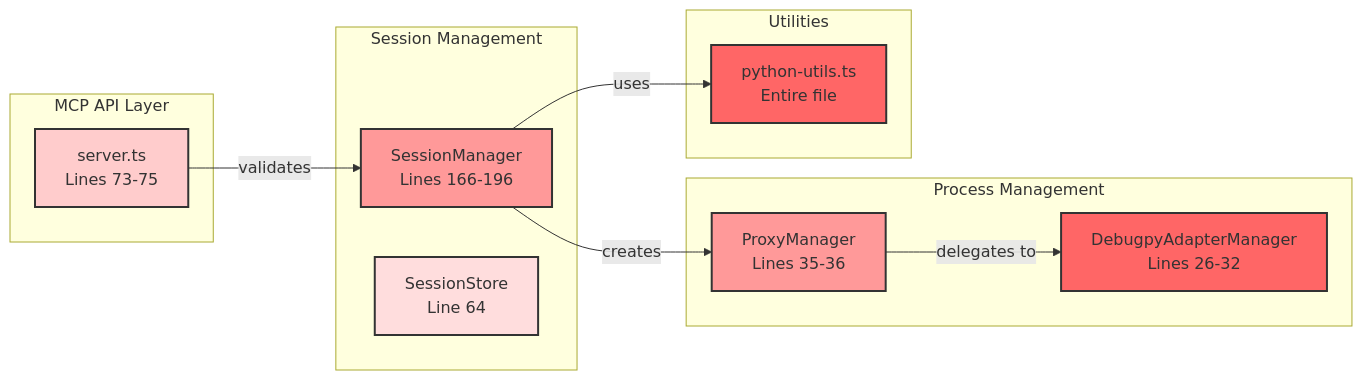
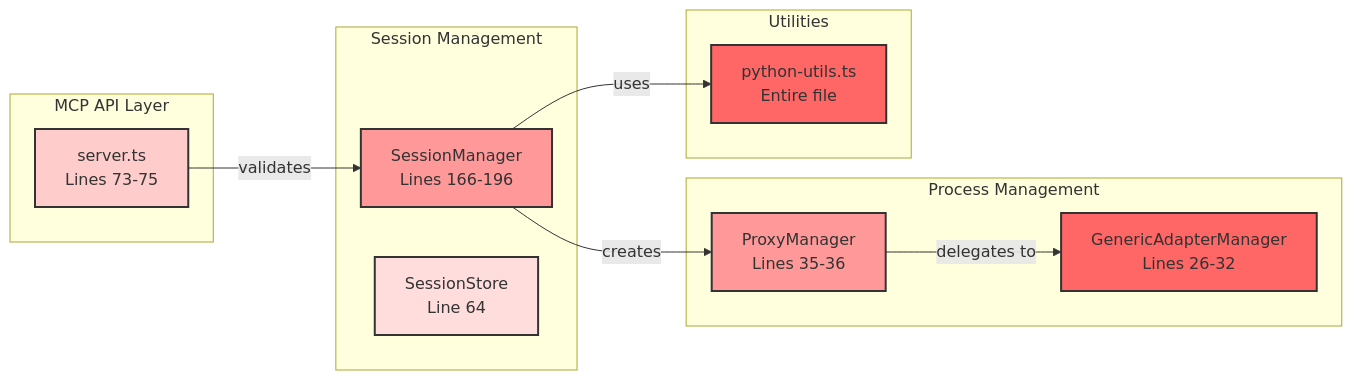
One commit to debugmcp/mcp-debugger changed the fifth of 7 diagrams in docs/architecture/current-component-diagram.md. Above: the diagram before and after it, drawn with Mermaid. The commit also changed other lines of this file and 129 other files, not shown here.

````diff
--- a/docs/architecture/current-component-diagram.md
+++ b/docs/architecture/current-component-diagram.md
@@ -110,32 +122,32 @@
 ```mermaid
 graph LR
     subgraph "MCP API Layer"
         A[server.ts<br/>Lines 73-75]
     end
     
     subgraph "Session Management"
         B[SessionManager<br/>Lines 166-196]
         C[SessionStore<br/>Line 64]
     end
     
     subgraph "Process Management"
         D[ProxyManager<br/>Lines 35-36]
-        E[DebugpyAdapterManager<br/>Lines 26-32]
+        E[GenericAdapterManager<br/>Lines 26-32]
     end
     
     subgraph "Utilities"
         F[python-utils.ts<br/>Entire file]
     end
     
     A -->|validates| B
     B -->|uses| F
     B -->|creates| D
     D -->|delegates to| E
     
     style A fill:#fcc,stroke:#333,stroke-width:2px
     style B fill:#f99,stroke:#333,stroke-width:2px
     style C fill:#fdd,stroke:#333,stroke-width:2px
     style D fill:#f99,stroke:#333,stroke-width:2px
     style E fill:#f66,stroke:#333,stroke-width:2px
     style F fill:#f66,stroke:#333,stroke-width:2px
 ```
````
